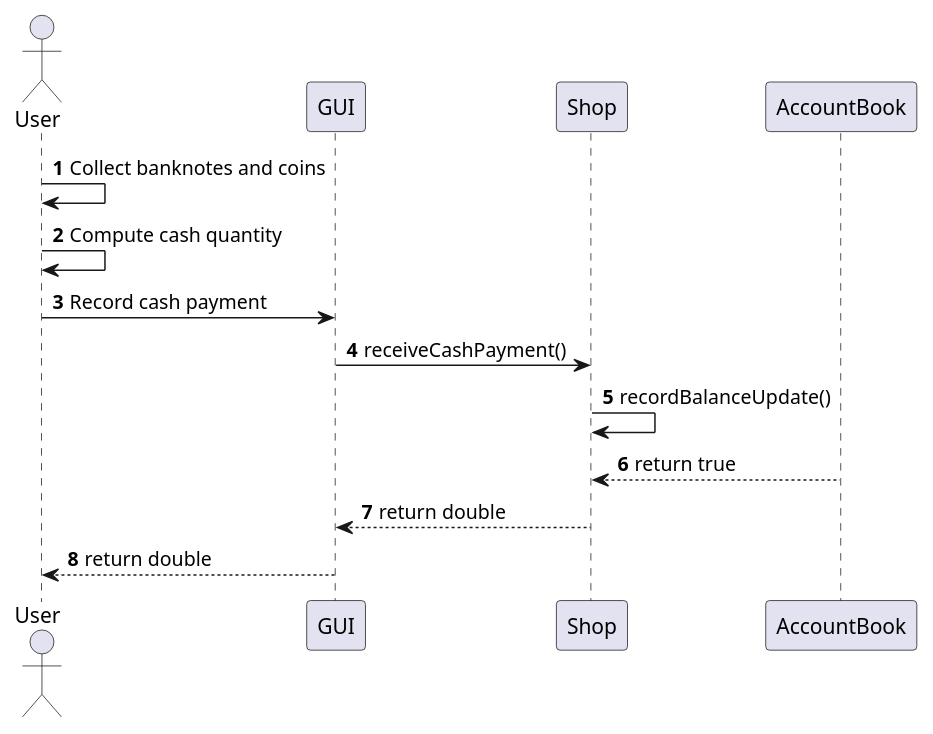
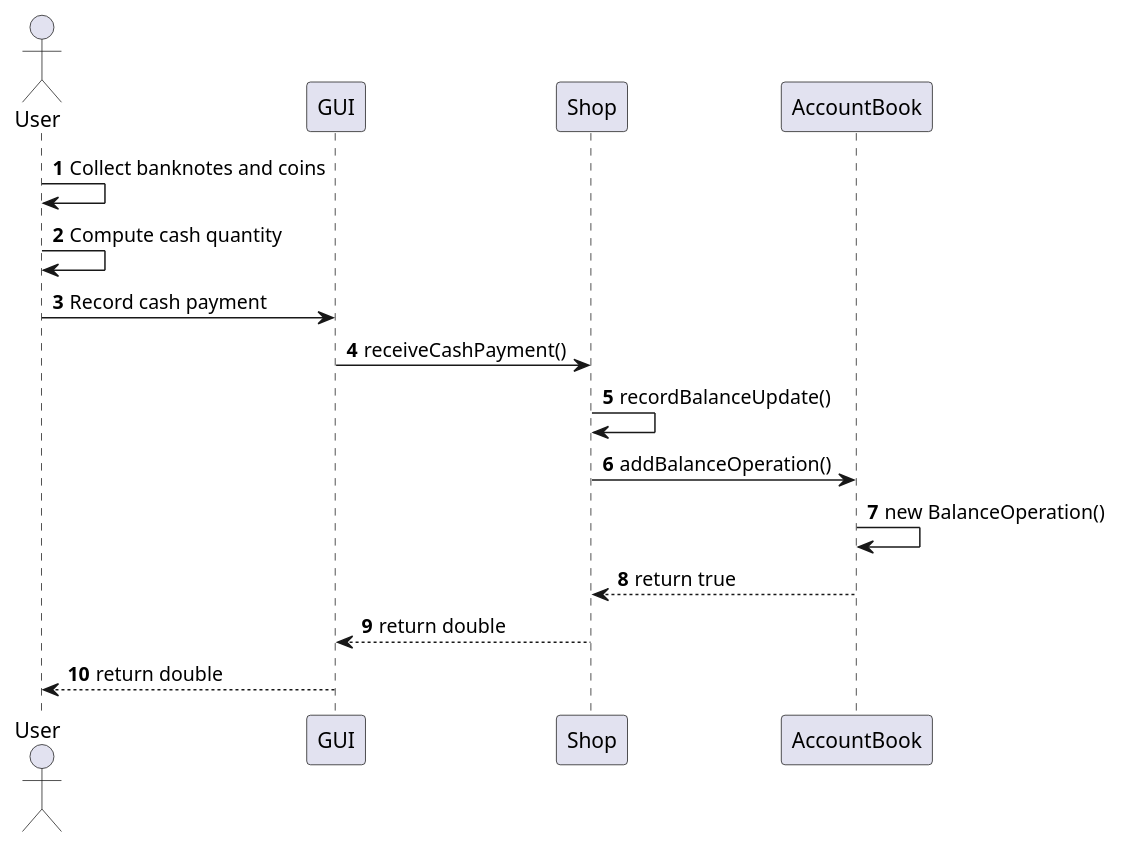
One commit to Stormz4/group20-EzShop changed diagram 19 of 23 in Deliverables/DesignDocument.md. Above: the diagram before and after it, drawn with PlantUML. The commit also changed other lines of this file, not shown here.

````diff
--- a/Deliverables/DesignDocument.md
+++ b/Deliverables/DesignDocument.md
@@ -631,14 +698,16 @@
 ```plantuml
 @startuml
 Actor User
 autonumber
 User -> User: Collect banknotes and coins
 User -> User: Compute cash quantity
 User -> GUI: Record cash payment
 GUI -> Shop: receiveCashPayment()
 Shop -> Shop: recordBalanceUpdate()
+Shop -> AccountBook: addBalanceOperation()
+AccountBook -> AccountBook: new BalanceOperation()
 AccountBook --> Shop: return true
 Shop --> GUI: return double
 GUI --> User: return double
 @enduml
 ```
````
